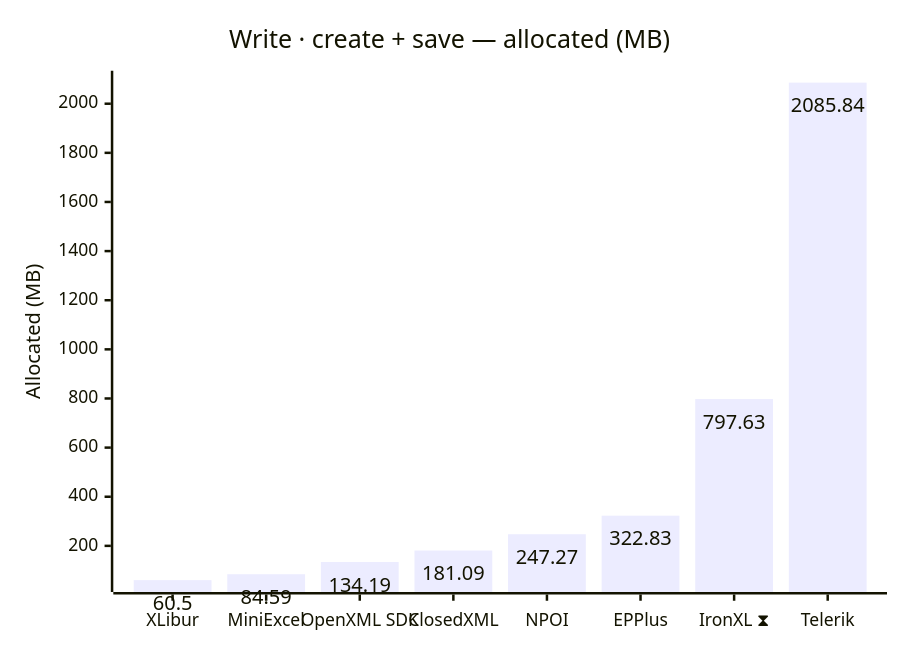
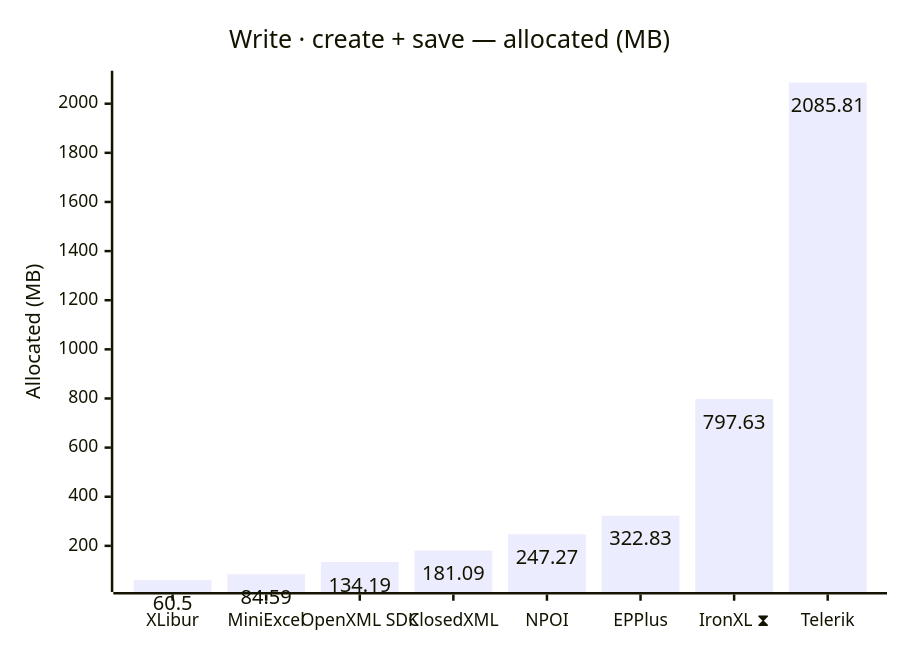
Before and after one commit to jafin/XLBench: the sixth of 12 diagrams in docs/results.md, drawn with Mermaid. The commit also changed other lines of this file and 2 other files, not shown here.

````diff
--- a/docs/results.md
+++ b/docs/results.md
@@ -105,12 +105,12 @@
 ```mermaid
 ---
 config:
   xyChart:
     showDataLabel: true
 ---
 xychart-beta
     title "Write · create + save — allocated (MB)"
     x-axis ["XLibur", "MiniExcel", "OpenXML SDK", "ClosedXML", "NPOI", "EPPlus", "IronXL ⧗", "Telerik"]
     y-axis "Allocated (MB)"
-    bar [60.5, 84.59, 134.19, 181.09, 247.27, 322.83, 797.63, 2085.84]
+    bar [60.5, 84.59, 134.19, 181.09, 247.27, 322.83, 797.63, 2085.81]
 ```
````
